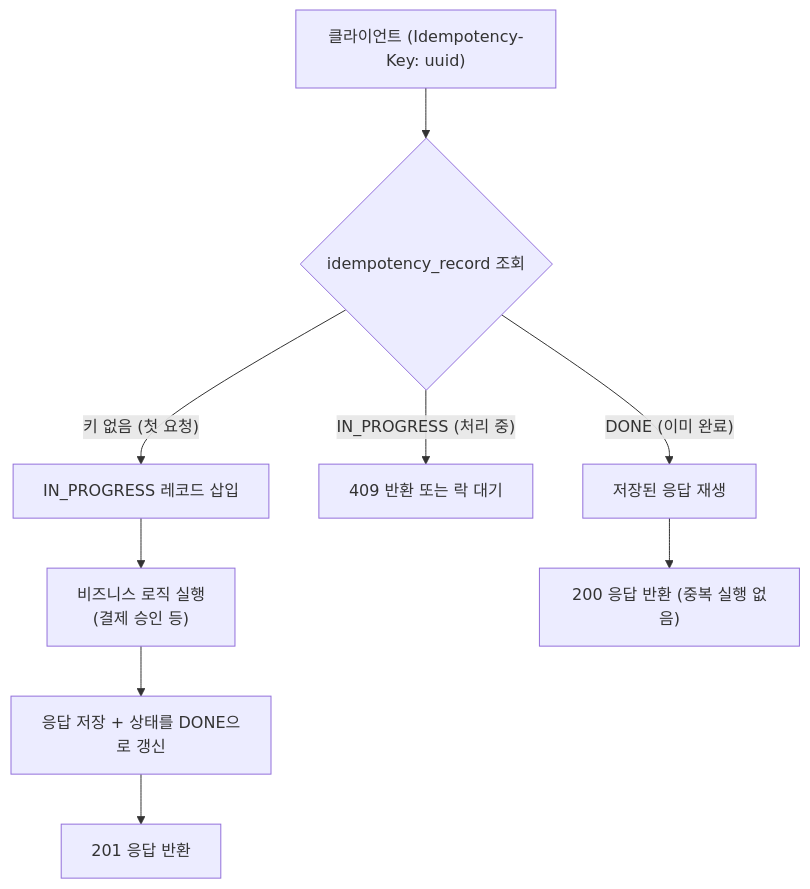
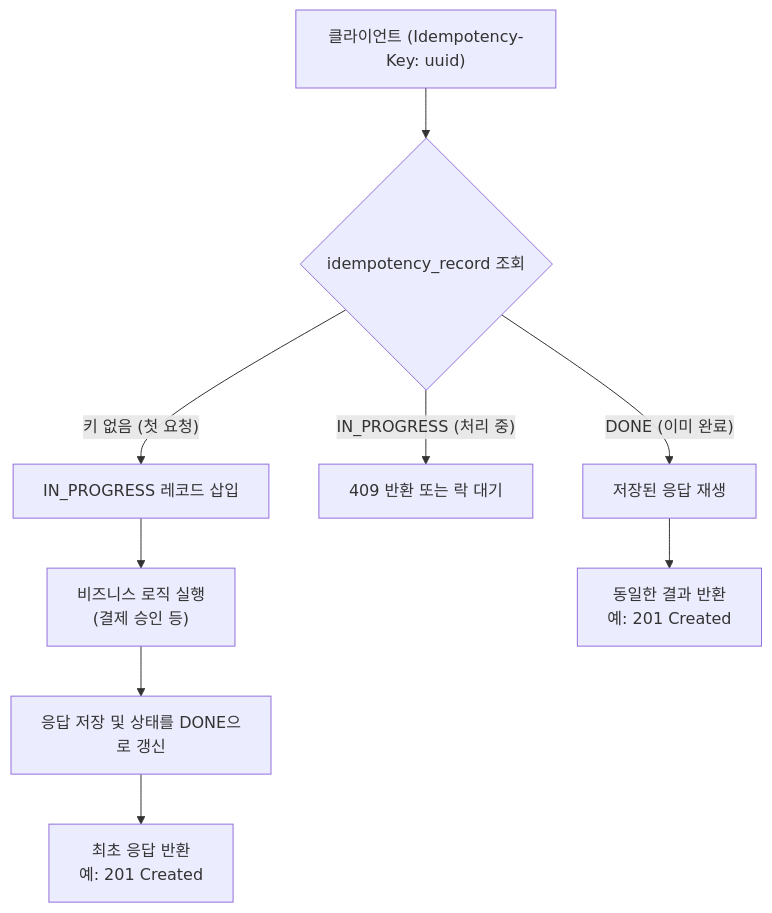
The second of 4 diagrams in architecture/api-design.md (jon890/fos-study), drawn with Mermaid before and after one commit. The commit also changed other lines of this file and 2 other files, not shown here.

````diff
--- a/architecture/api-design.md
+++ b/architecture/api-design.md
@@ -91,11 +162,11 @@
 ```mermaid
 flowchart TD
     A["클라이언트 (Idempotency-Key: uuid)"] --> B{"idempotency_record 조회"}
     B -->|"키 없음 (첫 요청)"| C["IN_PROGRESS 레코드 삽입"]
     C --> D["비즈니스 로직 실행<br/>(결제 승인 등)"]
-    D --> E["응답 저장 + 상태를 DONE으로 갱신"]
-    E --> F["201 응답 반환"]
+    D --> E["응답 저장 및 상태를 DONE으로 갱신"]
+    E --> F["최초 응답 반환<br/>예: 201 Created"]
     B -->|"IN_PROGRESS (처리 중)"| G["409 반환 또는 락 대기"]
     B -->|"DONE (이미 완료)"| H["저장된 응답 재생"]
-    H --> I["200 응답 반환 (중복 실행 없음)"]
+    H --> I["동일한 결과 반환<br/>예: 201 Created"]
 ```
````
